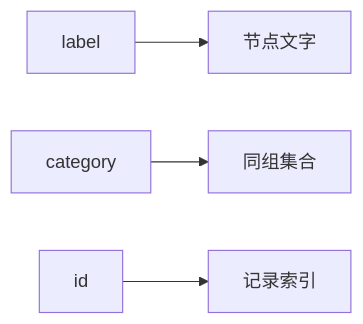
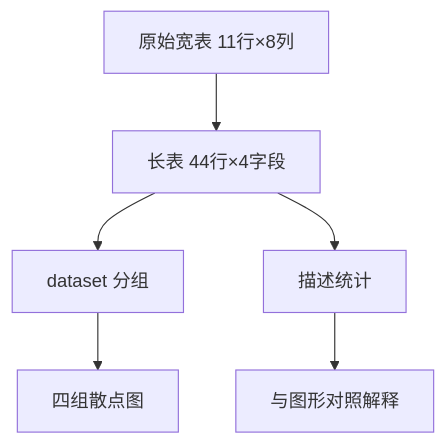
The fifth of 6 diagrams in 15-单一图表/案例A.md (KkkXUE-prog/FIRST-REPO), drawn with Mermaid before and after one commit. The commit also changed other lines of this file, not shown here.

Commit message:
精修单一图表案例：Anscombe四重奏完整数据清洗与散点分析

````diff
--- a/15-单一图表/案例A.md
+++ b/15-单一图表/案例A.md
@@ -49,6 +152,8 @@
 ```mermaid
-flowchart LR
- L[label] --> T[节点文字]
- C[category] --> G[同组集合]
- I[id] --> K[记录索引]
+flowchart TD
+ W[原始宽表 11行×8列] --> L[长表 44行×4字段]
+ L --> G[dataset 分组]
+ G --> S[四组散点图]
+ L --> M[描述统计]
+ M --> C[与图形对照解释]
 ```
````
